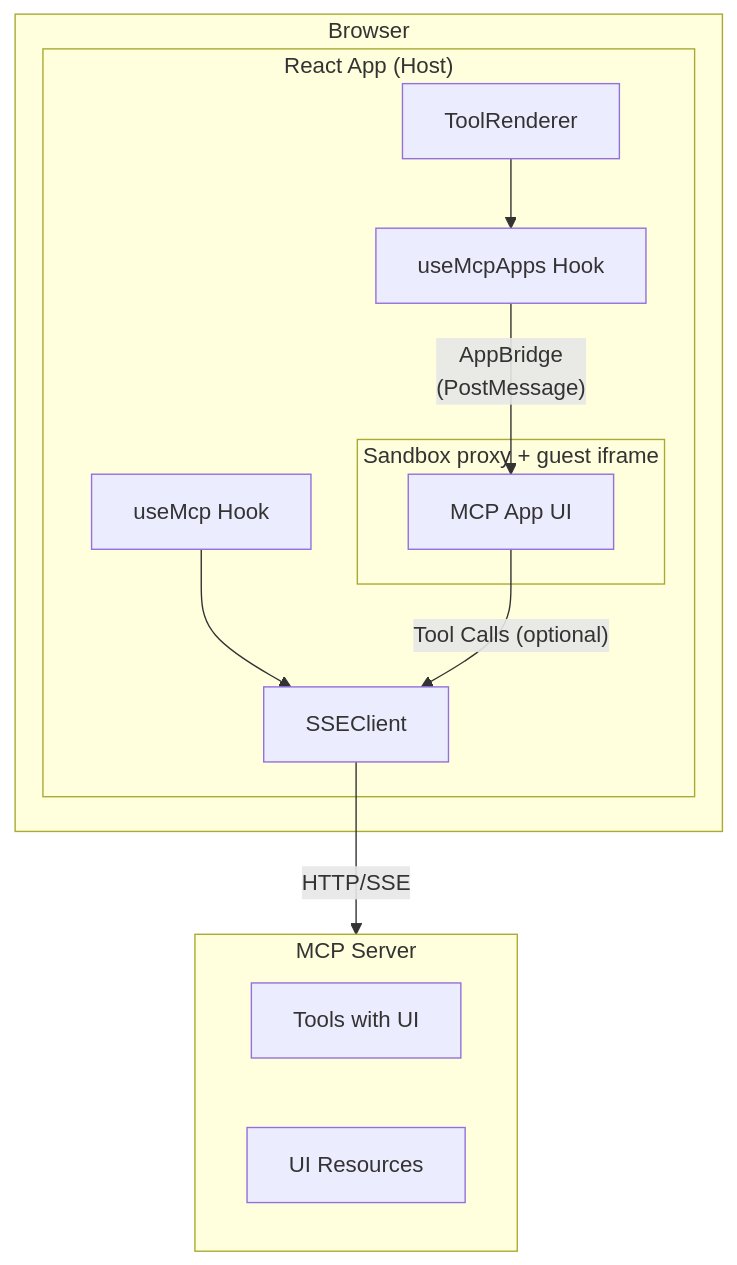
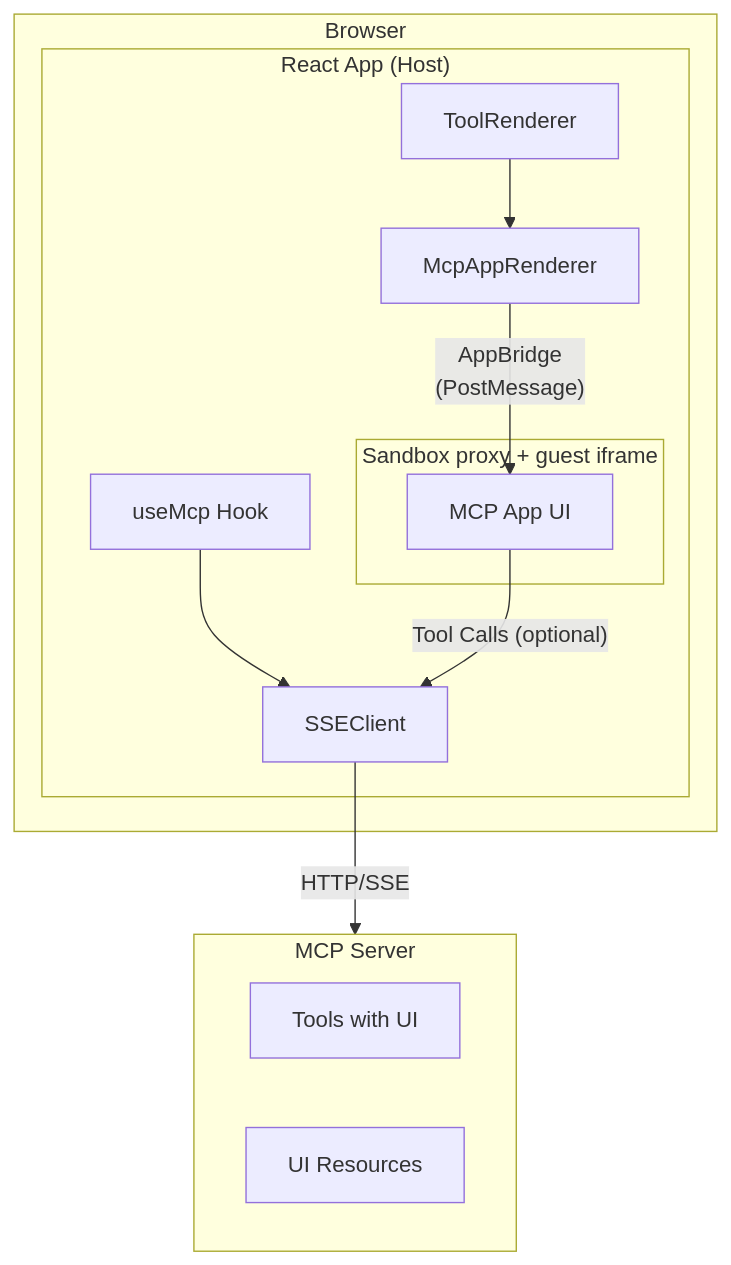
One commit to Granny-vs-luke/mcp-ts changed the diagram in docs/mcp-apps.md. Above: the diagram before and after it, drawn with Mermaid. The commit also changed other lines of this file and 6 other files, not shown here.

First line of the commit message:
refactor: update MCP app integration and documentation

````diff
--- a/docs/mcp-apps.md
+++ b/docs/mcp-apps.md
@@ -13,26 +13,26 @@
 ```mermaid
 graph TB
     subgraph Browser["Browser"]
         subgraph ReactApp["React App (Host)"]
             useMcp["useMcp Hook"]
             SSEClient["SSEClient"]
             ToolRenderer["ToolRenderer"]
-            useMcpApps["useMcpApps Hook"]
+            McpAppRenderer["McpAppRenderer"]
 
             subgraph Iframe["Sandbox proxy + guest iframe"]
                 McpAppUI["MCP App UI"]
             end
         end
     end
 
     subgraph Server["MCP Server"]
         Tools["Tools with UI"]
         Resources["UI Resources"]
     end
 
     useMcp --> SSEClient
     SSEClient -->|"HTTP/SSE"| Server
-    ToolRenderer --> useMcpApps
-    useMcpApps -->|"AppBridge<br/>(PostMessage)"| McpAppUI
+    ToolRenderer --> McpAppRenderer
+    McpAppRenderer -->|"AppBridge<br/>(PostMessage)"| McpAppUI
     McpAppUI -->|"Tool Calls (optional)"| SSEClient
 ```
````
